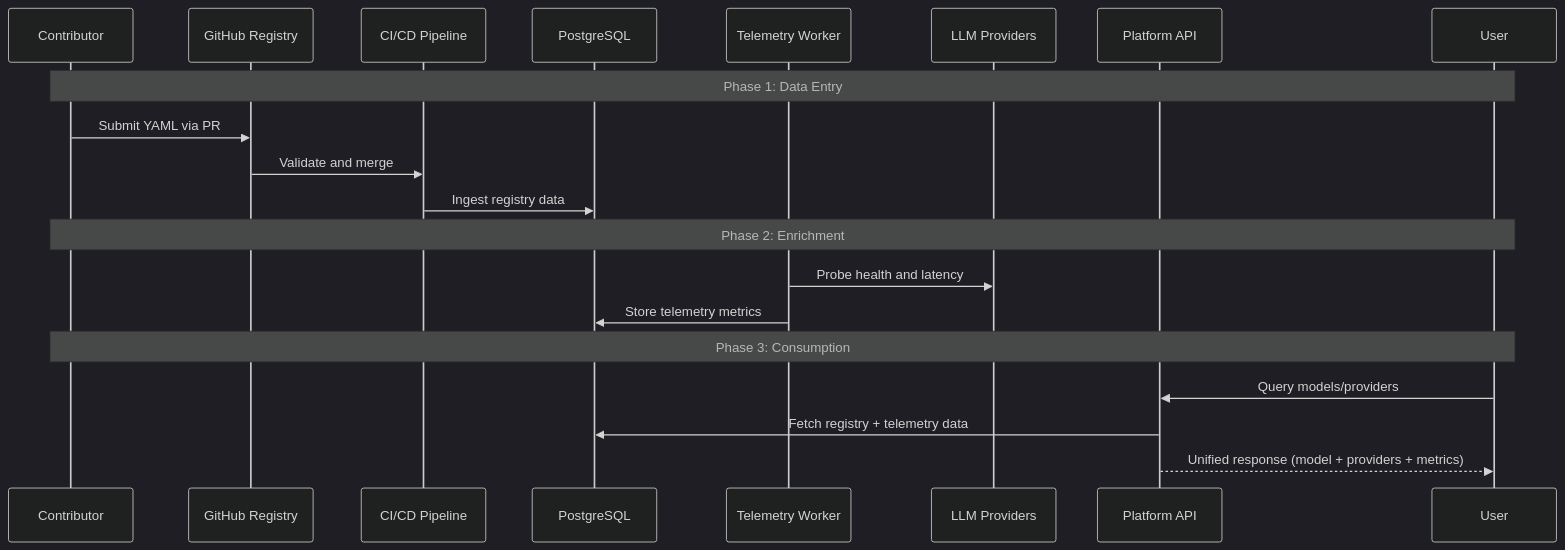
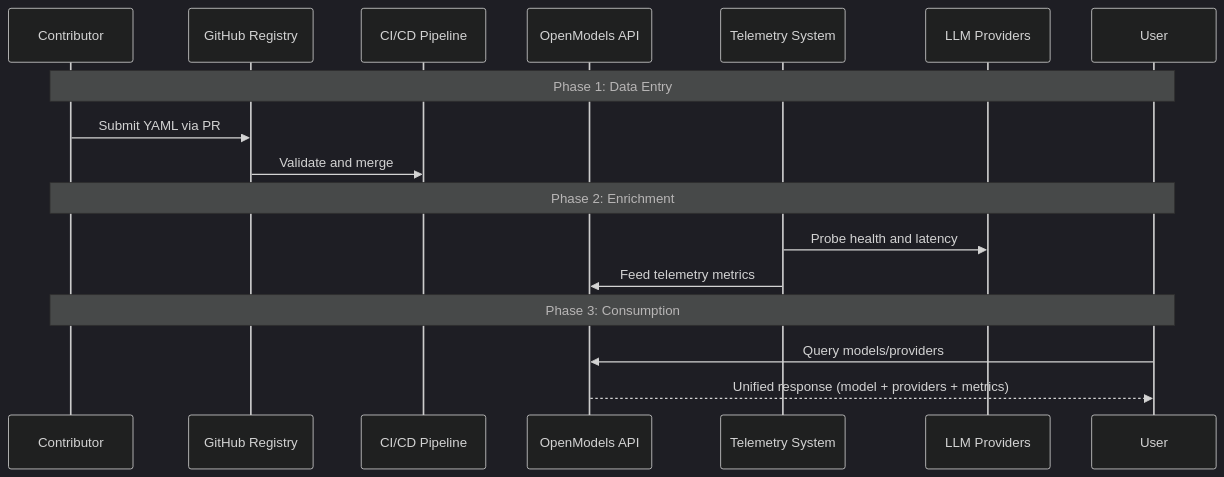
Before and after one commit to openmodelsrun/docs: the fourth of 4 diagrams in content/architecture/data-flow.mdx, drawn with Mermaid (dark theme). The commit also changed other lines of this file and 9 other files, not shown here.

Commit message:
0.6.2 – update terminology from "platform" to "registry" and simplify architecture diagrams

````diff
--- a/content/architecture/data-flow.mdx
+++ b/content/architecture/data-flow.mdx
@@ -184,25 +134,22 @@
 ```mermaid
 sequenceDiagram
     participant Contributor
     participant Registry as GitHub Registry
     participant Pipeline as CI/CD Pipeline
-    participant DB as PostgreSQL
-    participant Worker as Telemetry Worker
+    participant API as OpenModels API
+    participant Telemetry as Telemetry System
     participant Providers as LLM Providers
-    participant API as Platform API
     participant User
 
     Note over Contributor,User: Phase 1: Data Entry
     Contributor->>Registry: Submit YAML via PR
     Registry->>Pipeline: Validate and merge
-    Pipeline->>DB: Ingest registry data
 
     Note over Contributor,User: Phase 2: Enrichment
-    Worker->>Providers: Probe health and latency
-    Worker->>DB: Store telemetry metrics
+    Telemetry->>Providers: Probe health and latency
+    Telemetry->>API: Feed telemetry metrics
 
     Note over Contributor,User: Phase 3: Consumption
     User->>API: Query models/providers
-    API->>DB: Fetch registry + telemetry data
     API-->>User: Unified response (model + providers + metrics)
 ```
````
